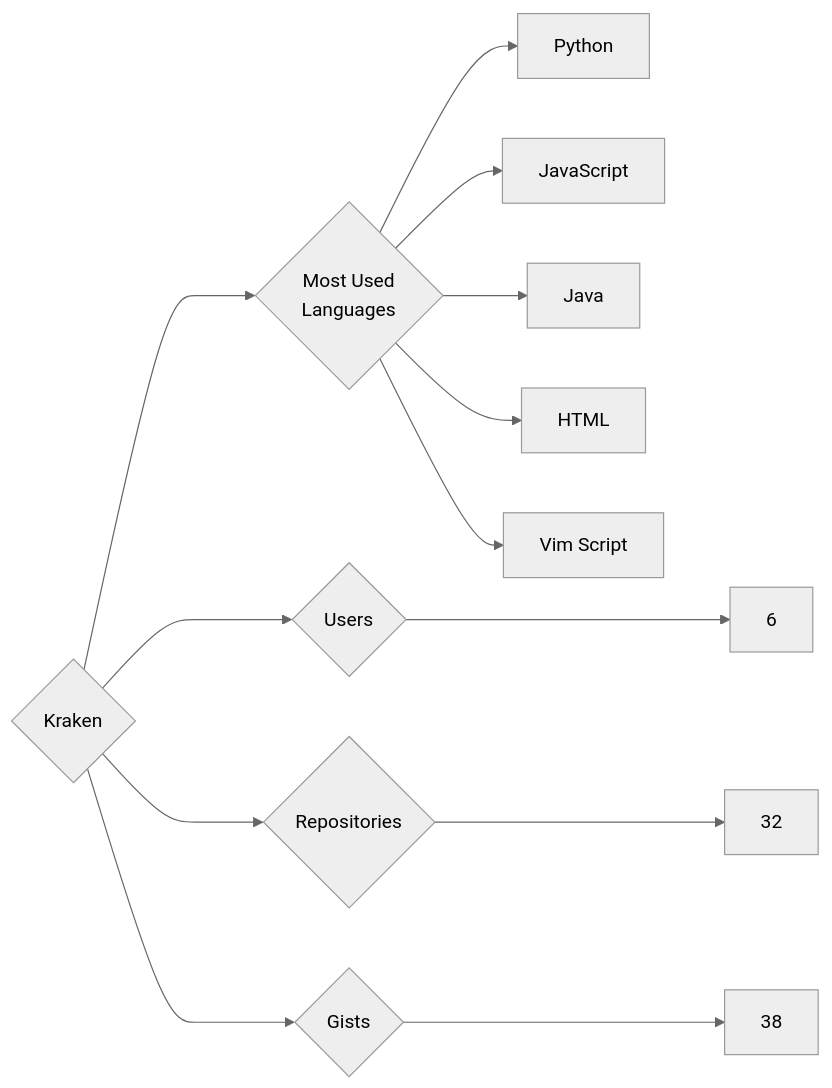
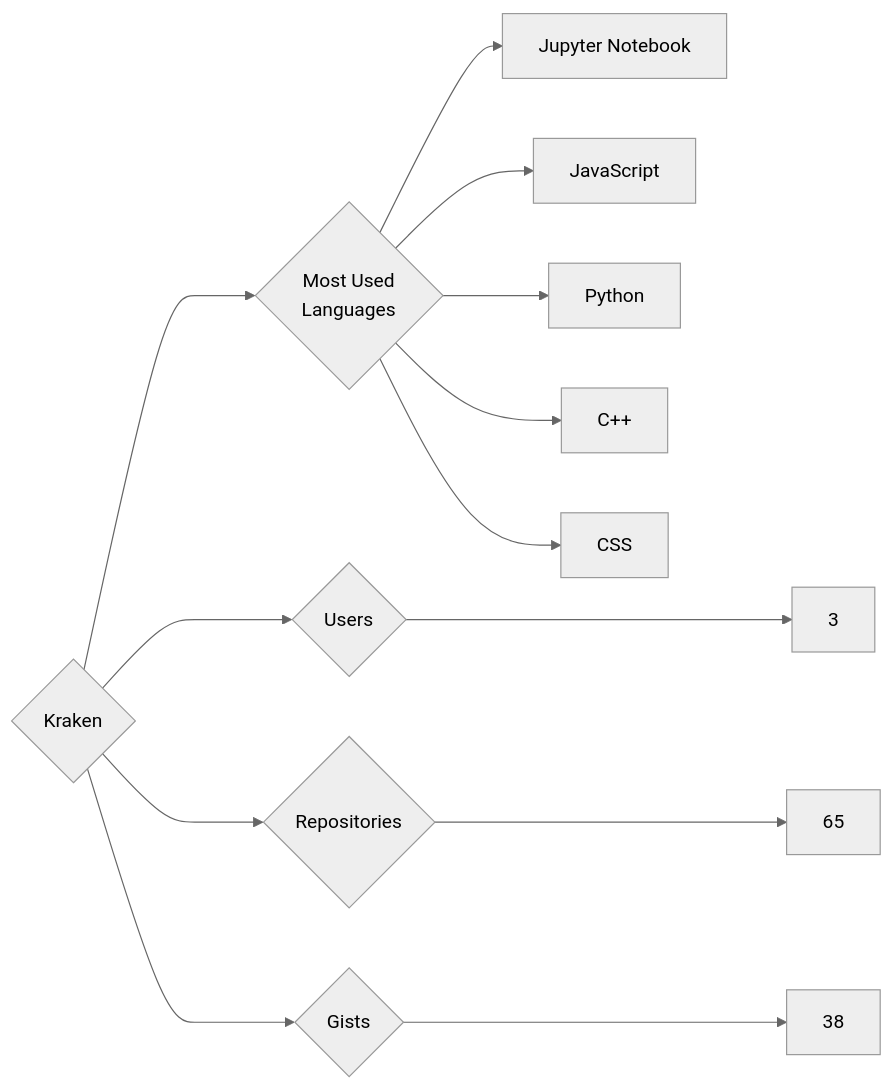
The diagram in targets/Kraken/README.md (trickest/insiders), drawn with Mermaid (neutral theme) before and after one commit. The commit also changed 679 other files, not shown here.

````diff
--- a/targets/Kraken/README.md
+++ b/targets/Kraken/README.md
@@ -3,13 +3,13 @@
 ```mermaid
 graph LR
 COMPANY_NAME{Kraken}
-COMPANY_NAME ---> U{Users} ---> UN[6]
-COMPANY_NAME ---> R{Repositories} ---> RN[32]
+COMPANY_NAME ---> U{Users} ---> UN[3]
+COMPANY_NAME ---> R{Repositories} ---> RN[65]
 COMPANY_NAME ---> G{Gists} ---> GN[38]
 COMPANY_NAME ---> ML{Most Used<br>Languages}
+ML --> Jupyter_Notebook[Jupyter Notebook]
+ML --> JavaScript[JavaScript]
 ML --> Python[Python]
-ML --> JavaScript[JavaScript]
-ML --> Java[Java]
-ML --> HTML[HTML]
-ML --> Vim_Script[Vim Script]
+ML --> C++[C++]
+ML --> CSS[CSS]
 ```
````
